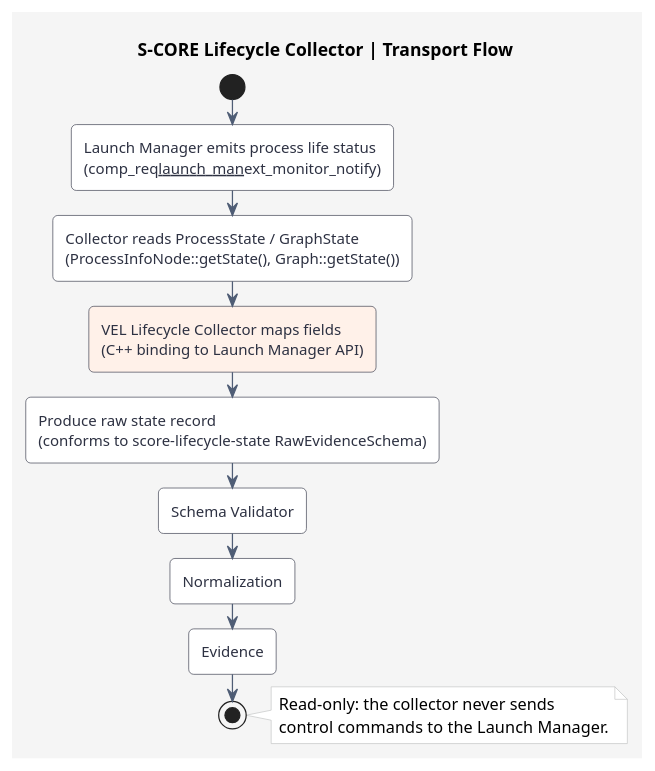
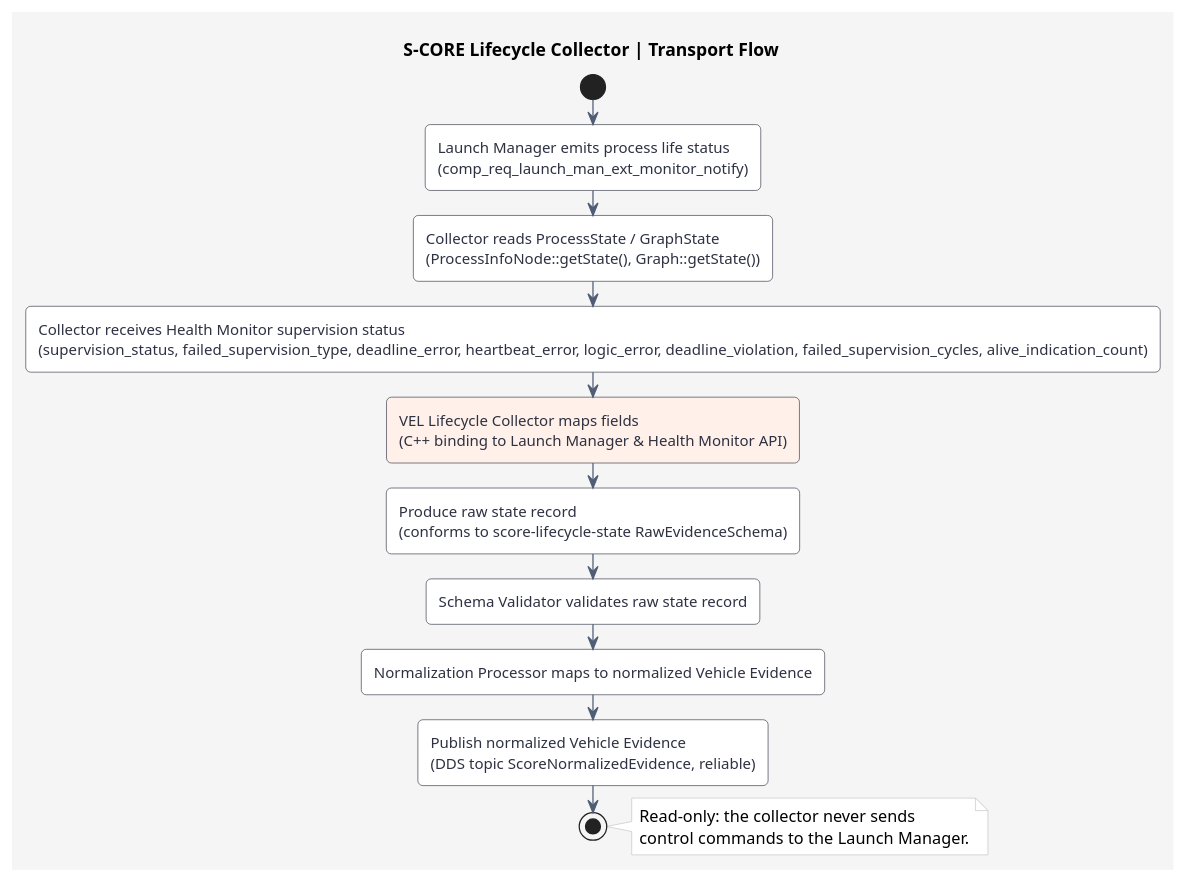
One commit to akshayg0314/vel changed the diagram in docs/features/diagrams/lifecycle/Lifecycle_collector_transport_flow.puml. Above: the diagram before and after it, drawn with PlantUML. The commit also changed 5 other files, not shown here.

First line of the commit message:
docs(diagrams): extend lifecycle diagrams with Health Monitor supervision fields

```diff
--- a/docs/features/diagrams/lifecycle/Lifecycle_collector_transport_flow.puml
+++ b/docs/features/diagrams/lifecycle/Lifecycle_collector_transport_flow.puml
@@ -1,33 +1,36 @@
 @startuml
 title S-CORE Lifecycle Collector | Transport Flow
 skinparam backgroundColor #F5F5F5
 skinparam shadowing false
 skinparam roundCorner 8
 skinparam ArrowColor #4F5D75
 skinparam activityBorderColor #2D3142
 skinparam activityBackgroundColor #FFFFFF
 skinparam activityFontColor #2D3142
 skinparam diamondBorderColor #4F5D75
 skinparam diamondBackgroundColor #ECECEC
 skinparam noteBackgroundColor #FFFFFF
 skinparam noteBorderColor #BFC0C0
 
 start
 :Launch Manager emits process life status
-(comp_req__launch_man__ext_monitor_notify);
+(comp_req_launch_man_ext_monitor_notify);
 :Collector reads ProcessState / GraphState
 (ProcessInfoNode::getState(), Graph::getState());
+:Collector receives Health Monitor supervision status
+(supervision_status, failed_supervision_type, deadline_error, heartbeat_error, logic_error, deadline_violation, failed_supervision_cycles, alive_indication_count);
 #FFF1E9:VEL Lifecycle Collector maps fields
-(C++ binding to Launch Manager API);
+(C++ binding to Launch Manager & Health Monitor API);
 :Produce raw state record
 (conforms to score-lifecycle-state RawEvidenceSchema);
-:Schema Validator;
-:Normalization;
-:Evidence;
+:Schema Validator validates raw state record;
+:Normalization Processor maps to normalized Vehicle Evidence;
+:Publish normalized Vehicle Evidence
+(DDS topic ScoreNormalizedEvidence, reliable);
 stop
 
 note right
 Read-only: the collector never sends
 control commands to the Launch Manager.
 end note
 @enduml
```
